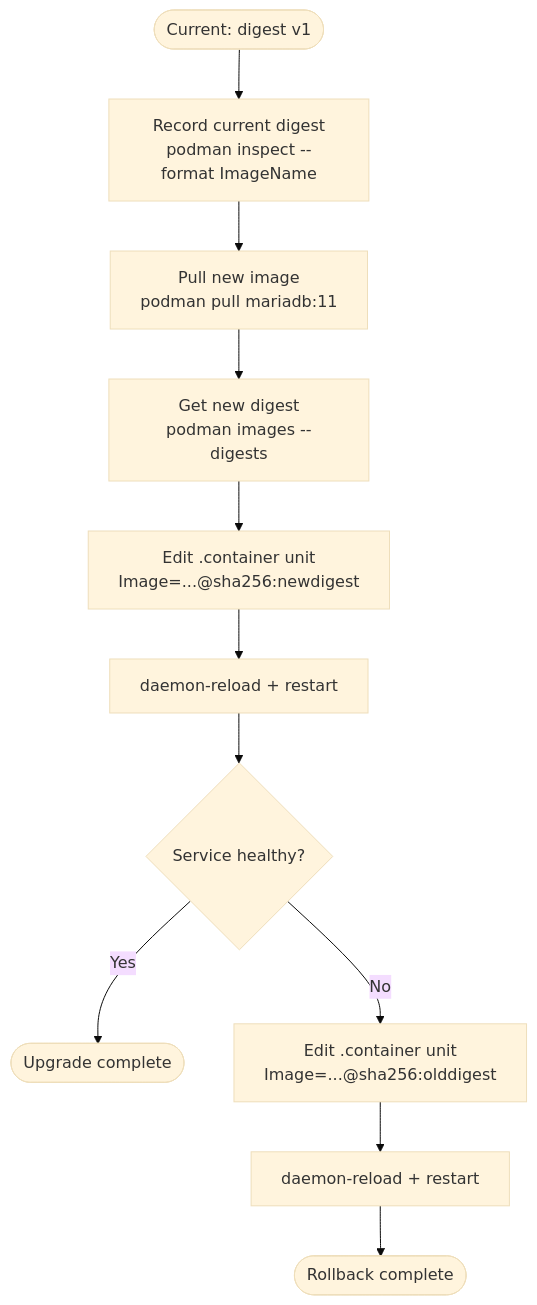
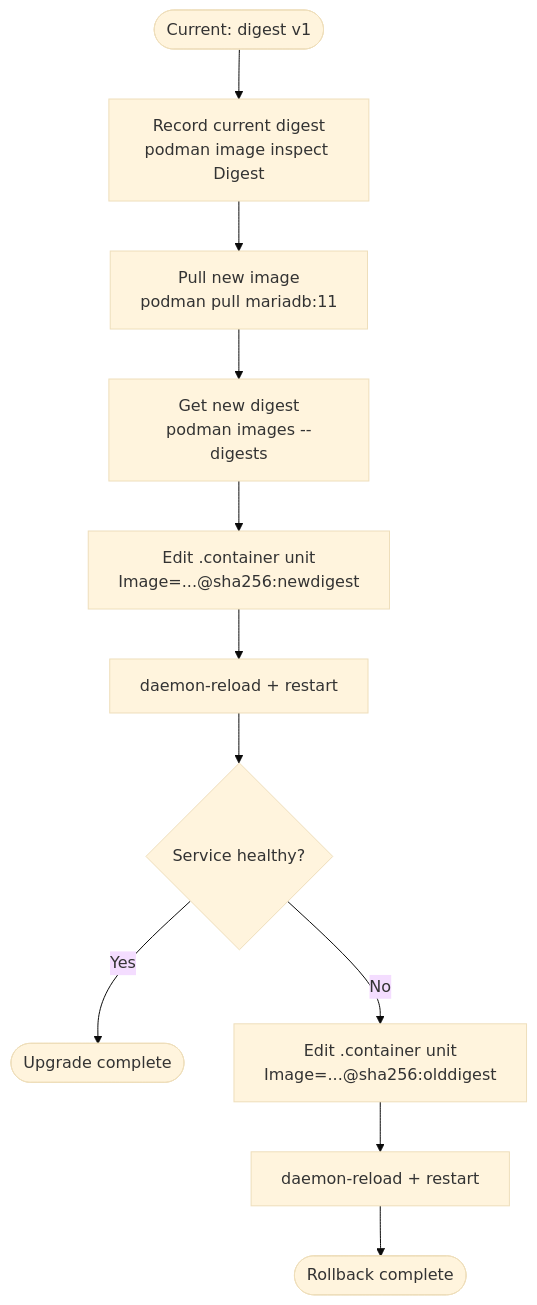
The third of 4 diagrams in modules/80-capstone.md (UncleJS/course_podman), drawn with Mermaid (base theme) before and after one commit. The commit also changed other lines of this file and 58 other files, not shown here.

````diff
--- a/modules/80-capstone.md
+++ b/modules/80-capstone.md
@@ -370,13 +368,13 @@
 ```mermaid
 flowchart TD
-    A(["Current: digest v1"]) --> B["Record current digest<br/>podman inspect --format ImageName"]
+    A(["Current: digest v1"]) --> B["Record current digest<br/>podman image inspect Digest"]
     B --> C["Pull new image<br/>podman pull mariadb:11"]
     C --> D["Get new digest<br/>podman images --digests"]
     D --> E["Edit .container unit<br/>Image=...@sha256:newdigest"]
     E --> F["daemon-reload + restart"]
     F --> G{"Service healthy?"}
     G -->|"Yes"| H(["Upgrade complete"])
     G -->|"No"| I["Edit .container unit<br/>Image=...@sha256:olddigest"]
     I --> J["daemon-reload + restart"]
     J --> K(["Rollback complete"])
 ```
````
